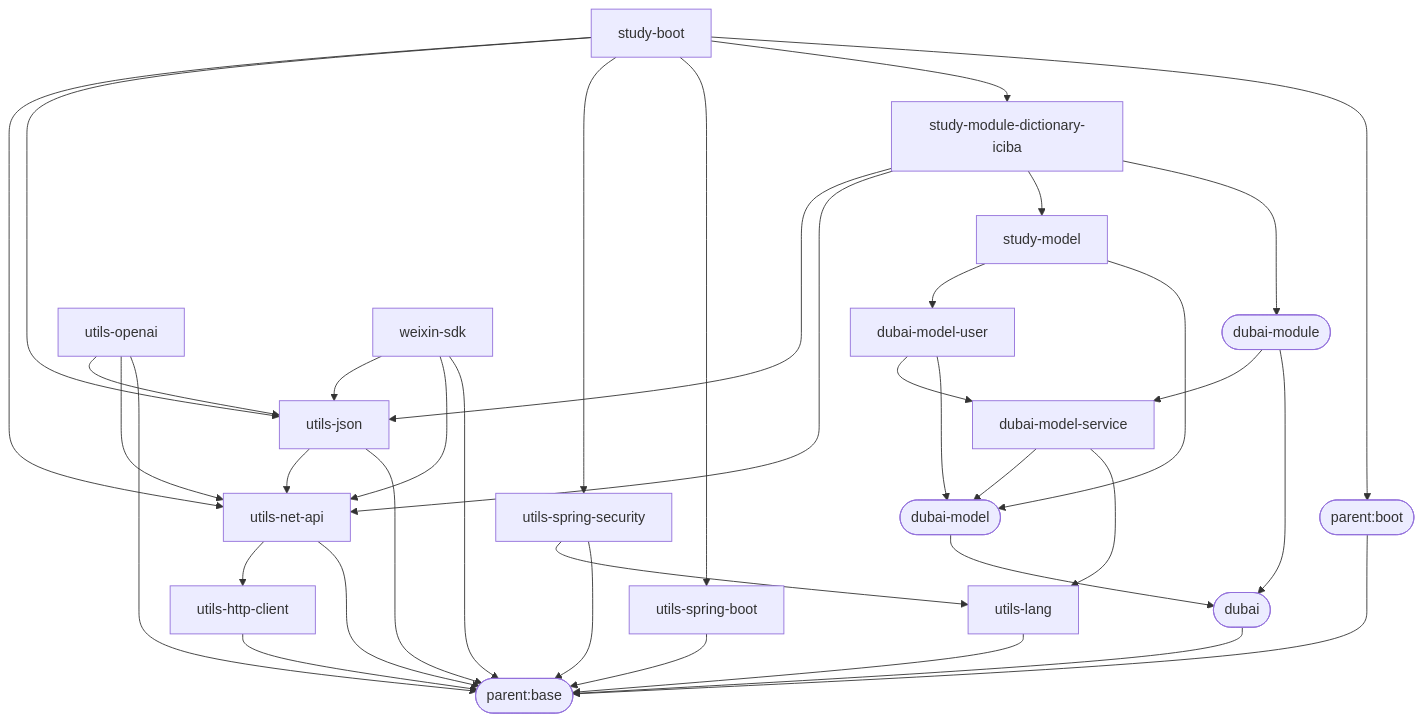
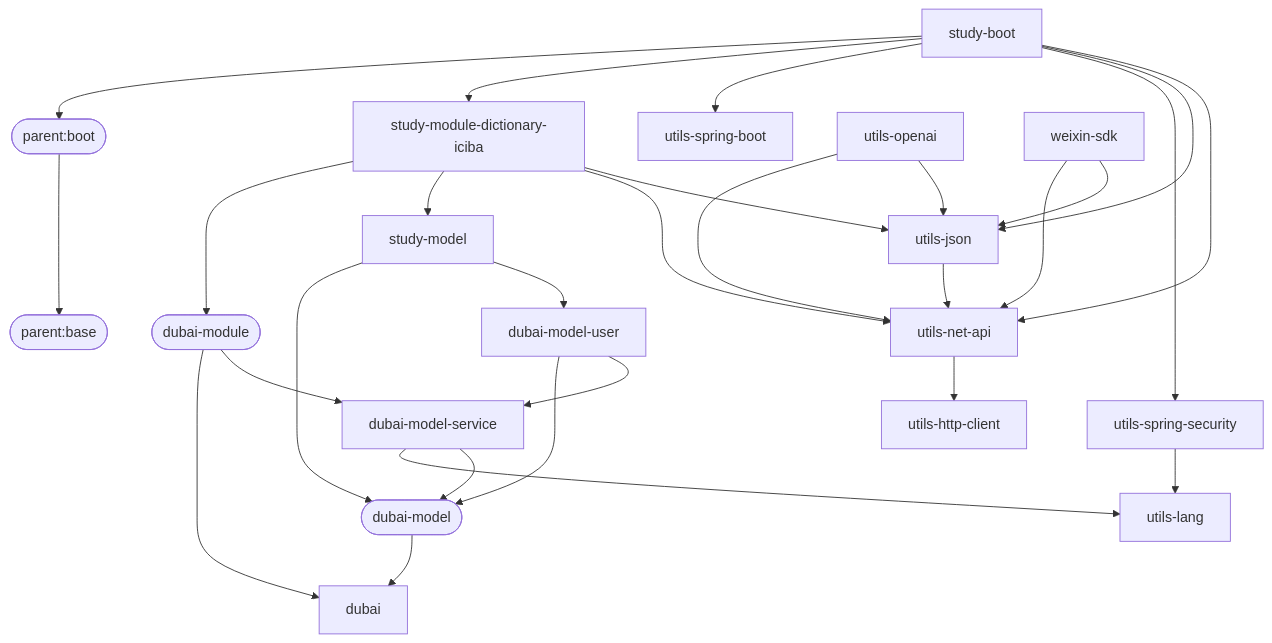
Before and after one commit to dbstarll/dbstarll.github.io: the diagram in README.md, drawn with Mermaid.

Commit message:
去掉对parent.base的依赖

````diff
--- a/README.md
+++ b/README.md
@@ -20,53 +20,41 @@
 ```mermaid
 graph TD;
     parent.base([parent:base]);
     parent.boot([parent:boot])--->parent.base;
 
-    utils-lang-->parent.base;
-
-    utils-spring-boot-->parent.base;
-
-    utils-spring-security-->parent.base;
     utils-spring-security-->utils-lang;
 
-    utils-http-client-->parent.base;
-
-    utils-net-api-->parent.base;
     utils-net-api-->utils-http-client;
 
-    utils-json-->parent.base;
     utils-json-->utils-net-api;
 
-    dubai([dubai])-->parent.base;
     dubai-model([dubai-model])-->dubai;
     dubai-model-service-->utils-lang;
     dubai-model-service-->dubai-model;
     dubai-module([dubai-module])-->dubai;
     dubai-module-->dubai-model-service;
     
     dubai-model-user-->dubai-model;
     dubai-model-user-->dubai-model-service;
 
     study-module-dictionary-iciba-->dubai-module;
     study-module-dictionary-iciba-->study-model;
     study-module-dictionary-iciba-->utils-net-api;
     study-module-dictionary-iciba-->utils-json;
 
     study-model-->dubai-model;
     study-model-->dubai-model-user;
 
     study-boot-->parent.boot;
     study-boot-->study-module-dictionary-iciba;
     study-boot-->utils-spring-boot;
     study-boot-->utils-spring-security;
     study-boot-->utils-json;
     study-boot-->utils-net-api;
 
-    utils-openai-->parent.base;
     utils-openai-->utils-net-api;
     utils-openai-->utils-json;
 
-    weixin-sdk-->parent.base;
     weixin-sdk-->utils-net-api;
     weixin-sdk-->utils-json;
 ```
````
